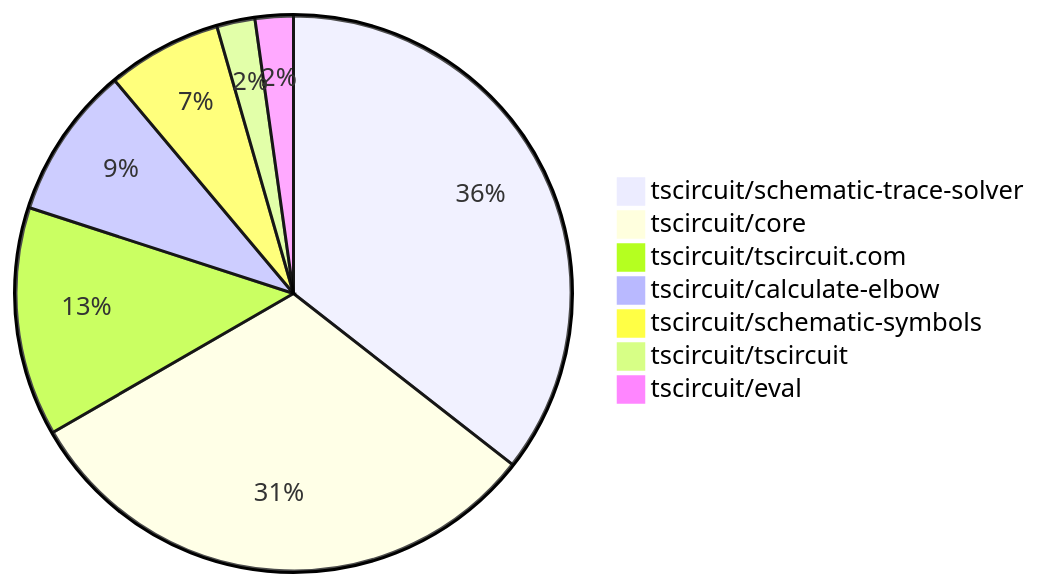
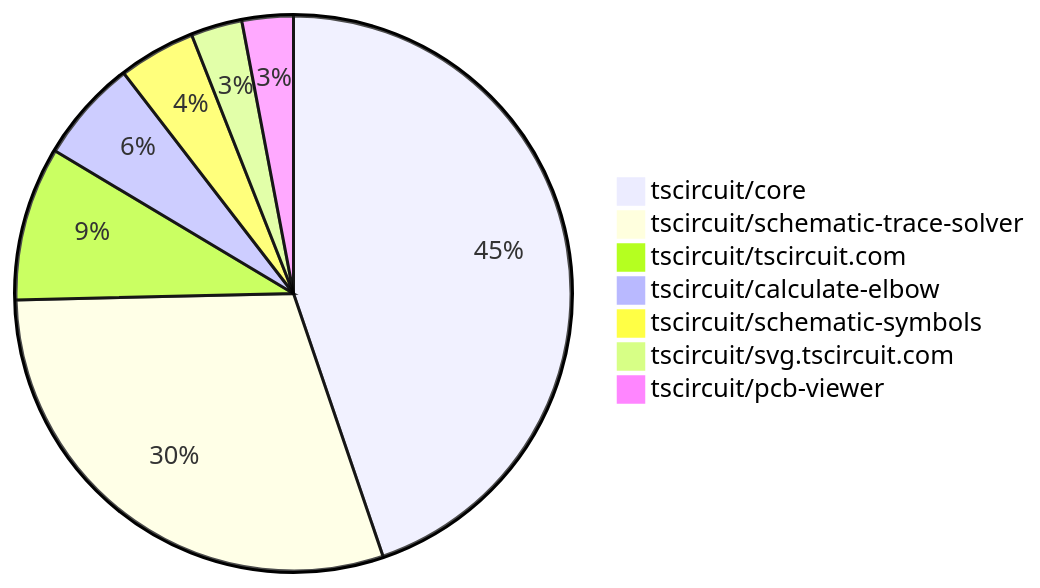
One commit to tscircuit/contribution-tracker changed the second of 2 diagrams in contribution-overviews/2025-08-27.md. Above: the diagram before and after it, drawn with Mermaid. The commit also changed other lines of this file and 3 other files, not shown here.

````diff
--- a/contribution-overviews/2025-08-27.md
+++ b/contribution-overviews/2025-08-27.md
@@ -62,10 +72,10 @@
 ```mermaid
 pie
-    "tscircuit/schematic-trace-solver" : 16
-    "tscircuit/core" : 14
+    "tscircuit/core" : 30
+    "tscircuit/schematic-trace-solver" : 20
     "tscircuit/tscircuit.com" : 6
     "tscircuit/calculate-elbow" : 4
     "tscircuit/schematic-symbols" : 3
-    "tscircuit/tscircuit" : 1
-    "tscircuit/eval" : 1
+    "tscircuit/svg.tscircuit.com" : 2
+    "tscircuit/pcb-viewer" : 2
 ```
````
